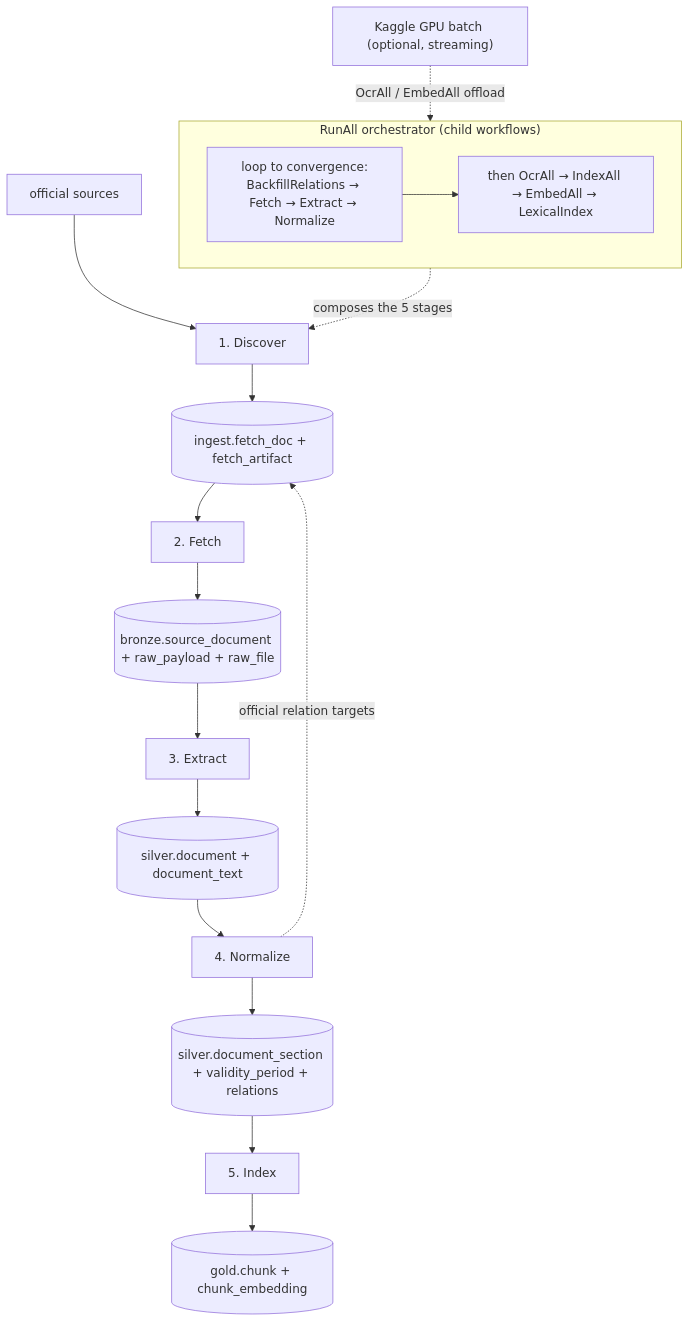
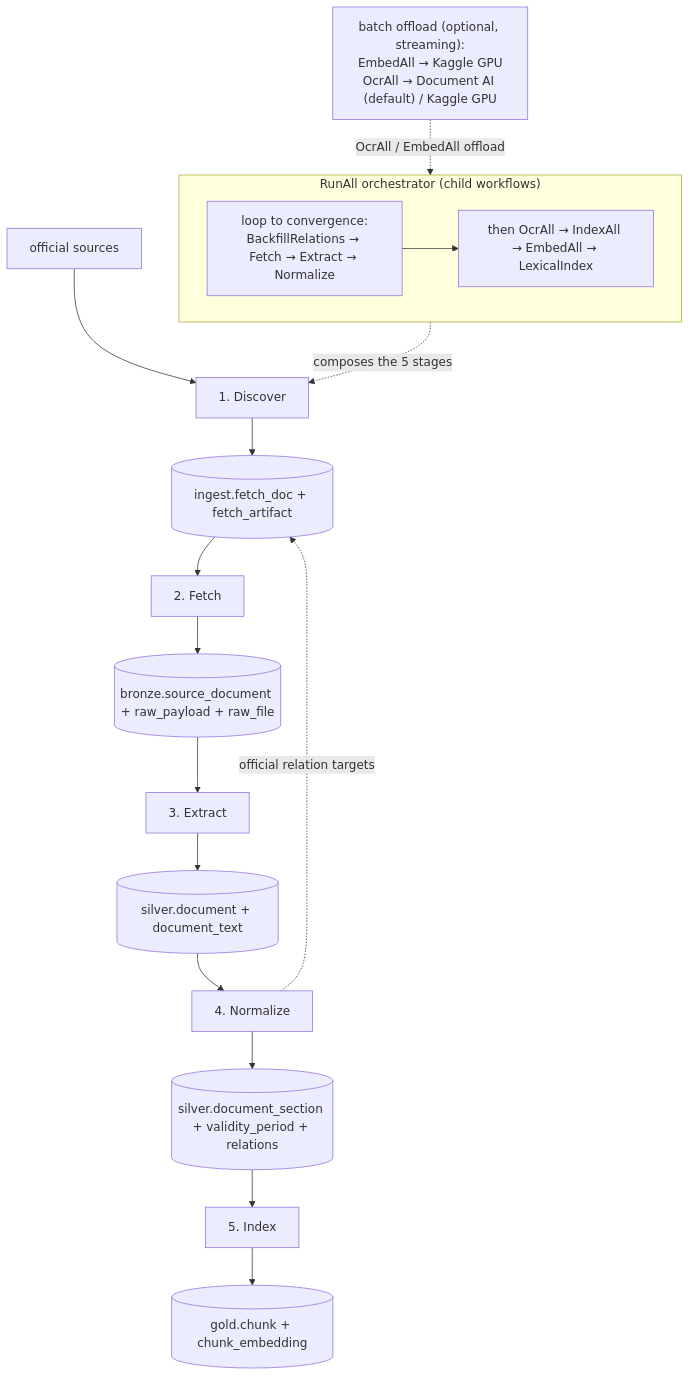
The first of 2 diagrams in docs/design/PIPELINE.md (dannyota/banhmi), drawn with Mermaid before and after one commit. The commit also changed other lines of this file and 8 other files, not shown here.

First line of the commit message:
docs: refresh all docs for Indonesia + Document AI OCR

````diff
--- a/docs/design/PIPELINE.md
+++ b/docs/design/PIPELINE.md
@@ -43,23 +43,23 @@
 ```mermaid
 flowchart TB
   SRC["official sources"] --> DISCOVER["1. Discover"]
   DISCOVER --> LEDGER[("ingest.fetch_doc + fetch_artifact")]
   LEDGER --> FETCH["2. Fetch"]
   FETCH --> BRONZE[("bronze.source_document + raw_payload + raw_file")]
   BRONZE --> EXTRACT["3. Extract"]
   EXTRACT --> TEXT[("silver.document + document_text")]
   TEXT --> NORMALIZE["4. Normalize"]
   NORMALIZE --> SECTIONS[("silver.document_section + validity_period + relations")]
   NORMALIZE -. "official relation targets" .-> LEDGER
   SECTIONS --> INDEX["5. Index"]
   INDEX --> GOLD[("gold.chunk + chunk_embedding")]
 
   subgraph RUNALL["RunAll orchestrator (child workflows)"]
     direction LR
     LOOP["loop to convergence:<br/>BackfillRelations → Fetch → Extract → Normalize"]
     TAIL["then OcrAll → IndexAll → EmbedAll → LexicalIndex"]
     LOOP --> TAIL
   end
   RUNALL -. "composes the 5 stages" .-> DISCOVER
-  KAGGLE["Kaggle GPU batch (optional, streaming)"] -. "OcrAll / EmbedAll offload" .-> TAIL
+  KAGGLE["batch offload (optional, streaming):<br/>EmbedAll → Kaggle GPU<br/>OcrAll → Document AI (default) / Kaggle GPU"] -. "OcrAll / EmbedAll offload" .-> TAIL
 ```
````
